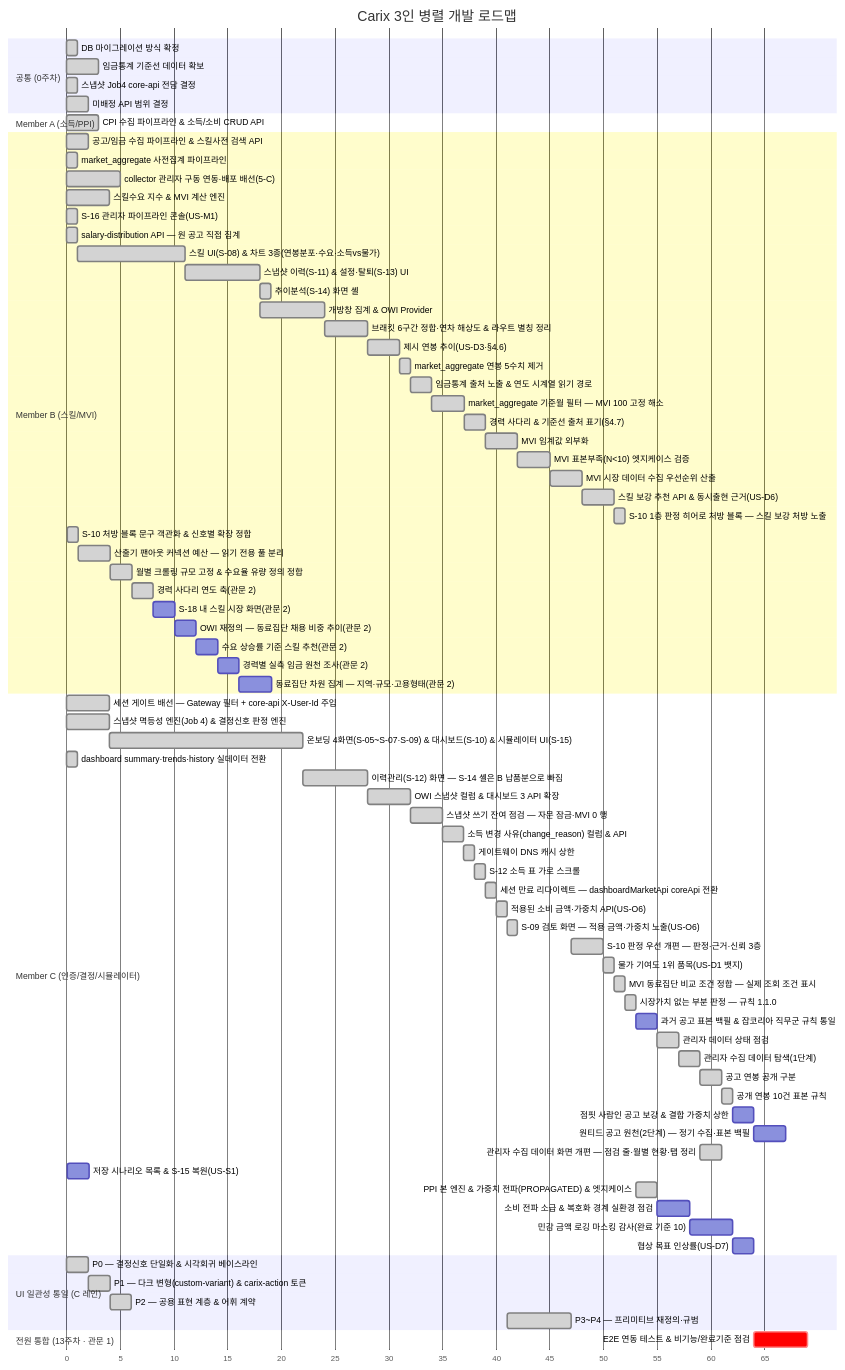
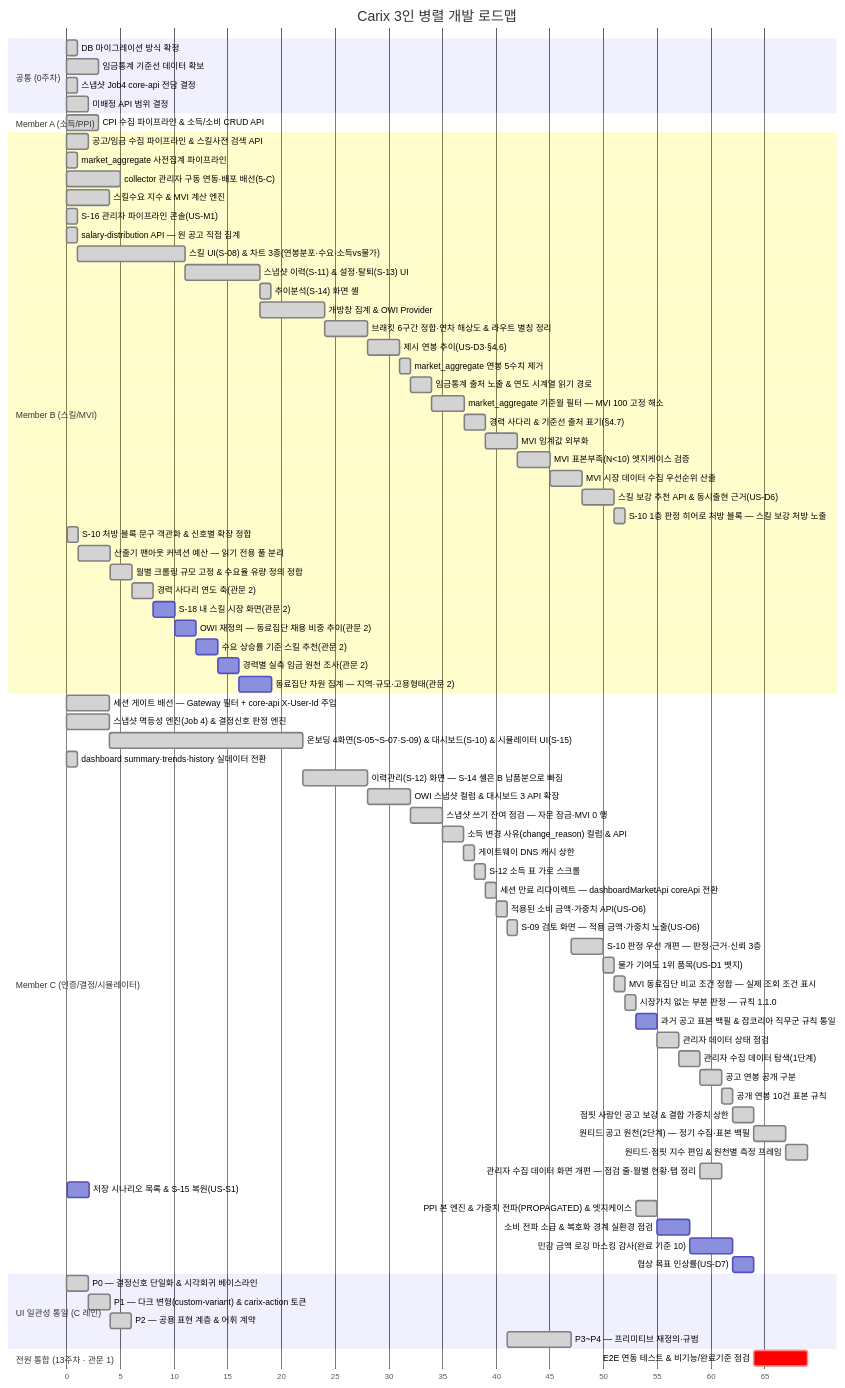
Before and after one commit to SeoHyeokGyu/Carix: the first of 2 diagrams in docs/plans/carix-dev-plan.md, drawn with Mermaid. The commit also changed other lines of this file, not shown here.

Commit message:
docs: 점핏 보강·원티드 2단계를 완료로 닫고 지수 편입(1.5.0)을 c32 로 남긴다

```diff
--- a/docs/plans/carix-dev-plan.md
+++ b/docs/plans/carix-dev-plan.md
@@ -157,8 +157,9 @@
     관리자 수집 데이터 탐색(1단계) :done, c26, after c25, 2s
     공고 연봉 공개 구분 :done, c27, after c26, 2s
     공개 연봉 10건 표본 규칙 :done, c28, after c27, 1s
-    점핏 사람인 공고 보강 & 결합 가중치 상한 :c29, after c28, 2s
-    원티드 공고 원천(2단계) — 정기 수집·표본 백필 :c30, after c29, 3s
+    점핏 사람인 공고 보강 & 결합 가중치 상한 :done, c29, after c28, 2s
+    원티드 공고 원천(2단계) — 정기 수집·표본 백필 :done, c30, after c29, 3s
+    원티드·점핏 지수 편입 & 원천별 측정 프레임 :done, c32, after c30, 2s
     관리자 수집 데이터 화면 개편 — 점검 줄·월별 현황·탭 정리 :done, c31, after c26, 2s
     저장 시나리오 목록 & S-15 복원(US-S1) :c9, 83, 2s
     PPI 본 엔진 & 가중치 전파(PROPAGATED) & 엣지케이스 :done, a2, after c23, 2s
```
